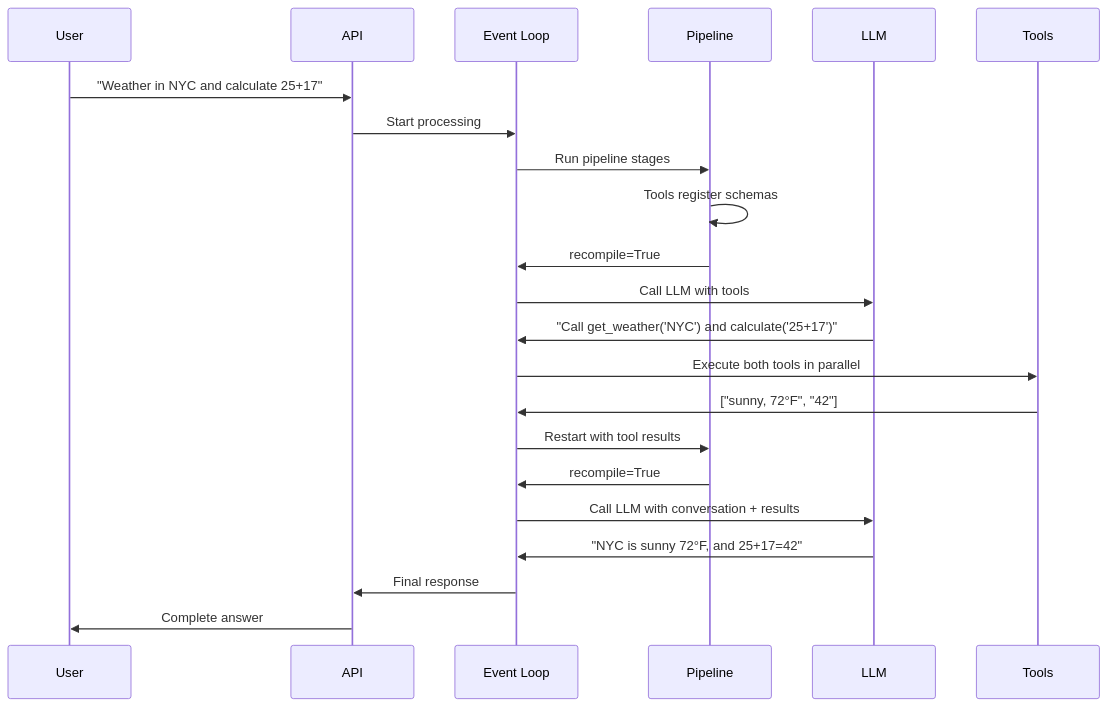
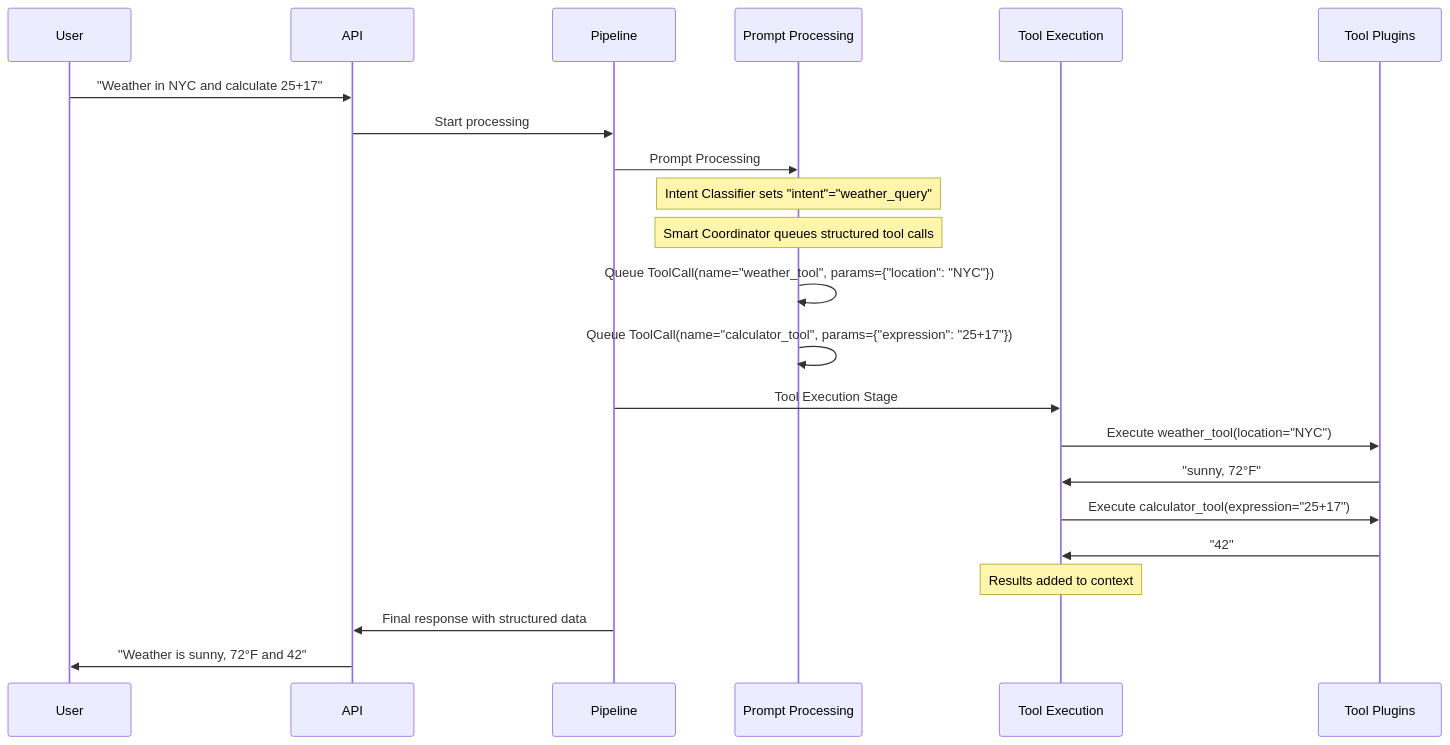
One commit to Ladvien/entity changed the fourth of 4 diagrams in README.md. Above: the diagram before and after it, drawn with Mermaid. The commit also changed other lines of this file, not shown here.

Commit message:
Still working on architecture.

````diff
--- a/README.md
+++ b/README.md
@@ -1056,25 +1348,25 @@
 ```mermaid
 sequenceDiagram
     participant U as User
     participant A as API
-    participant E as Event Loop
     participant P as Pipeline
-    participant L as LLM
-    participant T as Tools
+    participant PP as Prompt Processing
+    participant T as Tool Execution
+    participant Tools as Tool Plugins
     
     U->>A: "Weather in NYC and calculate 25+17"
-    A->>E: Start processing
-    E->>P: Run pipeline stages
-    P->>P: Tools register schemas
-    P->>E: recompile=True
-    E->>L: Call LLM with tools
-    L->>E: "Call get_weather('NYC') and calculate('25+17')"
-    E->>T: Execute both tools in parallel
-    T->>E: ["sunny, 72°F", "42"]
-    E->>P: Restart with tool results
-    P->>E: recompile=True
-    E->>L: Call LLM with conversation + results
-    L->>E: "NYC is sunny 72°F, and 25+17=42"
-    E->>A: Final response
-    A->>U: Complete answer
+    A->>P: Start processing
+    P->>PP: Prompt Processing
+    Note over PP: Intent Classifier sets "intent"="weather_query"
+    Note over PP: Smart Coordinator queues structured tool calls
+    PP->>PP: Queue ToolCall(name="weather_tool", params={"location": "NYC"})
+    PP->>PP: Queue ToolCall(name="calculator_tool", params={"expression": "25+17"})
+    P->>T: Tool Execution Stage
+    T->>Tools: Execute weather_tool(location="NYC")
+    Tools->>T: "sunny, 72°F"
+    T->>Tools: Execute calculator_tool(expression="25+17")
+    Tools->>T: "42"
+    Note over T: Results added to context
+    P->>A: Final response with structured data
+    A->>U: "Weather is sunny, 72°F and 42"
 ```
````
